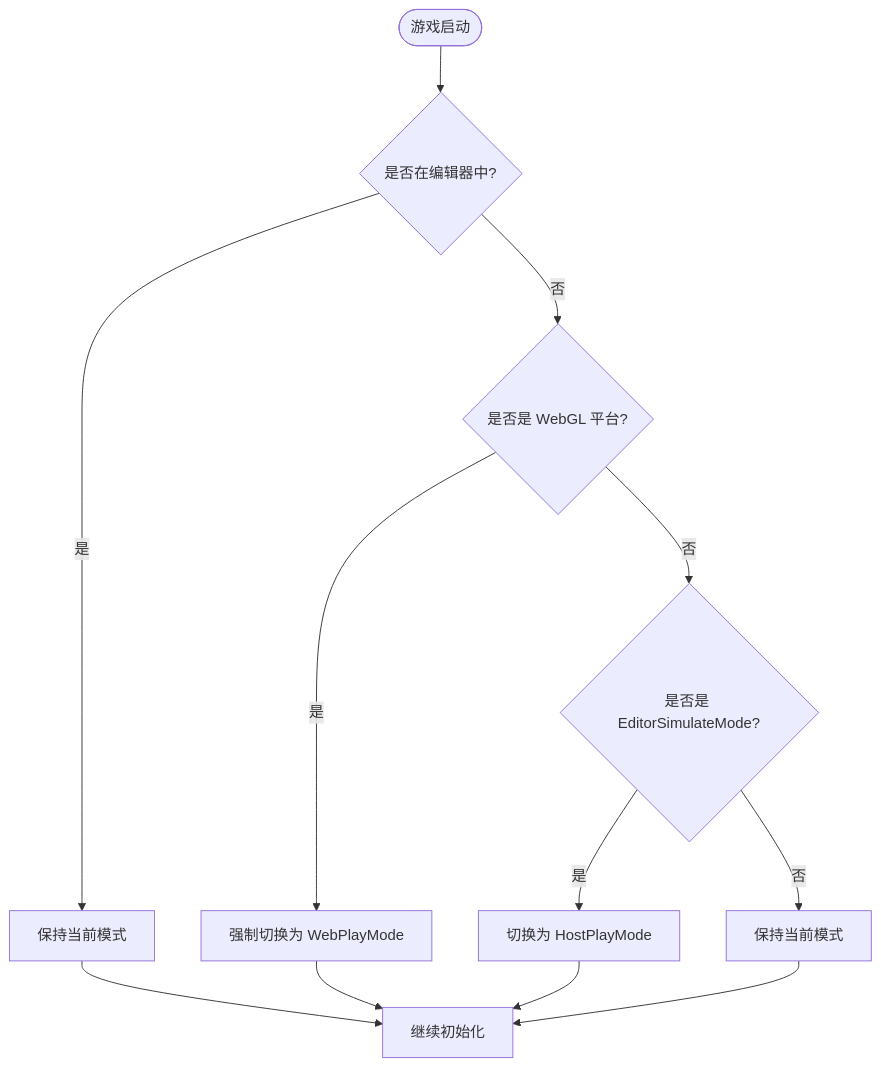
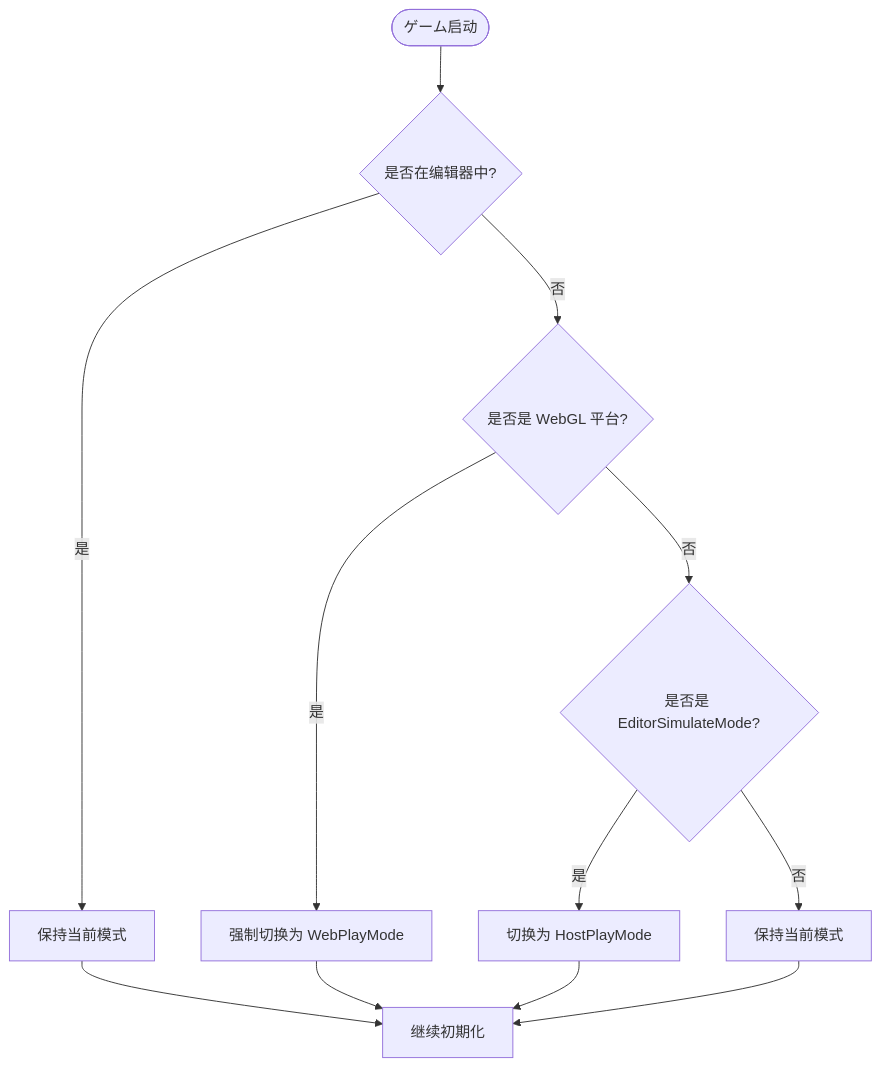
One commit to AlianBlank/GameFrameX.Docs changed the second of 2 diagrams in docs/ja/client/unity/component/asset/14.play-modes.md. Above: the diagram before and after it, drawn with Mermaid. The commit also changed other lines of this file and 603 other files, not shown here.

````diff
--- a/docs/ja/client/unity/component/asset/14.play-modes.md
+++ b/docs/ja/client/unity/component/asset/14.play-modes.md
@@ -216,15 +216,15 @@
 ```mermaid
 flowchart TD
-    Start([游戏启动]) --> EditorMode{是否在编辑器中?}
+    Start([ゲーム启动]) --> EditorMode{是否在编辑器中?}
     EditorMode -->|是| KeepMode[保持当前模式]
     EditorMode -->|否| WebGLMode{是否是 WebGL 平台?}
     WebGLMode -->|是| ForceWeb[强制切换为 WebPlayMode]
     WebGLMode -->|否| EditorSimCheck{是否是 EditorSimulateMode?}
     EditorSimCheck -->|是| ForceHost[切换为 HostPlayMode]
     EditorSimCheck -->|否| KeepMode2[保持当前模式]
     
-    KeepMode --> Continue[继续初始化]
+    KeepMode --> Continue[继续初期化]
     ForceWeb --> Continue
     ForceHost --> Continue
     KeepMode2 --> Continue
 ```
````
